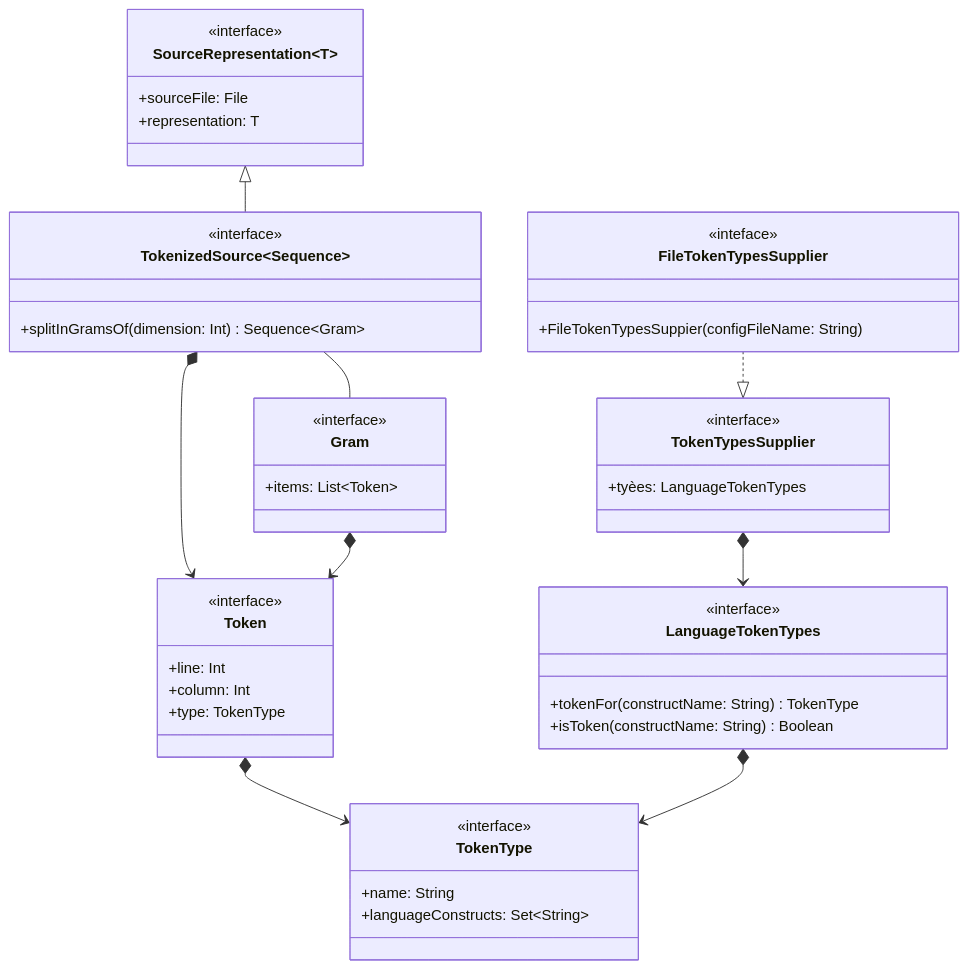
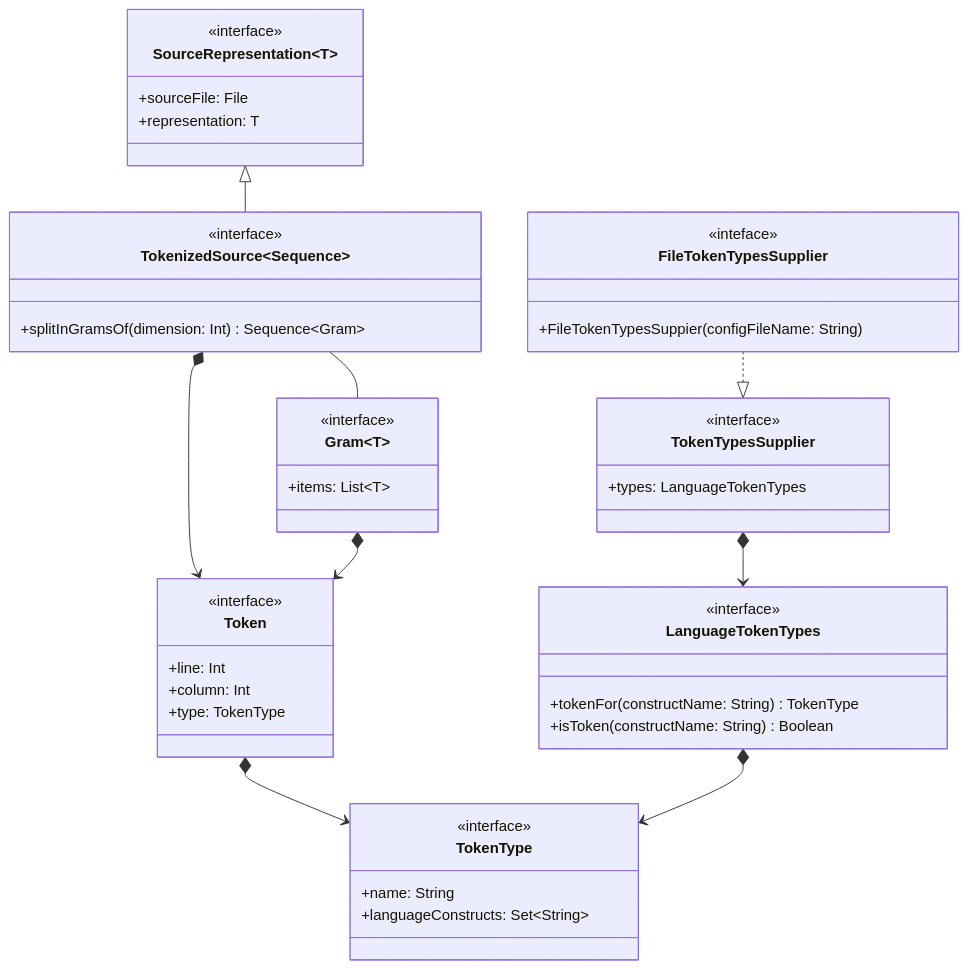
One commit to tassiLuca/code-plagiarism-detector-doc changed the seventh of 12 diagrams in doc.md. Above: the diagram before and after it, drawn with Mermaid. The commit also changed other lines of this file, not shown here.

````diff
--- a/doc.md
+++ b/doc.md
@@ -386,55 +382,55 @@
 ```mermaid
 classDiagram
 direction BT
     class SourceRepresentation~T~ {
         <<interface>>
         +sourceFile: File
         +representation: T
     }
     class TokenizedSource~Sequence<Token>~ {
         <<interface>>
-        +splitInGramsOf(dimension: Int) Sequence~Gram~
+        +splitInGramsOf(dimension: Int) Sequence~Gram<Token>~
     }
     TokenizedSource --|> SourceRepresentation
 
     class Token {
         <<interface>>
         +line: Int
         +column: Int
         +type: TokenType
     }
     Token <--* TokenizedSource
 
-    class Gram {
+    class Gram~T~ {
         <<interface>>
-        +items: List~Token~
+        +items: List~T~
     }
     Token <--* Gram
     Gram -- TokenizedSource
 
     class TokenType {
         <<interface>>
         +name: String
         +languageConstructs: Set~String~
     }
     TokenType <--* Token
 
     class LanguageTokenTypes {
         <<interface>>
         +tokenFor(constructName: String) TokenType
         +isToken(constructName: String) Boolean
     }
     TokenType <--* LanguageTokenTypes
 
     class TokenTypesSupplier {
         <<interface>>
-        +tyèes: LanguageTokenTypes
+        +types: LanguageTokenTypes
     }
     LanguageTokenTypes <--* TokenTypesSupplier
 
     class FileTokenTypesSupplier {
         <<inteface>>
         +FileTokenTypesSuppier(configFileName: String)
     }
     TokenTypesSupplier <|.. FileTokenTypesSupplier
 ```
````
